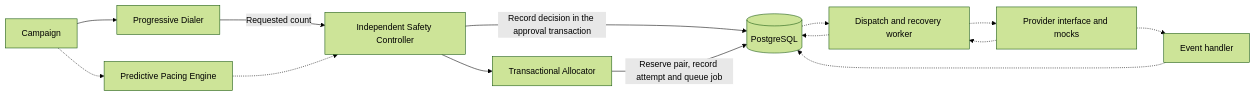
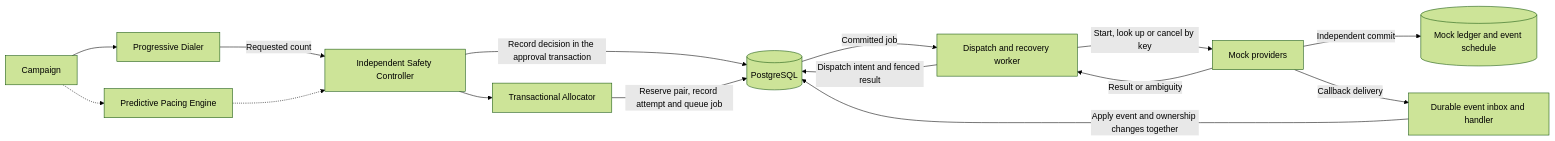
The diagram in docs/architecture.md (koushikwannabecoder/Smart-dialer), drawn with Mermaid (forest theme) before and after one commit. The commit also changed other lines of this file and 20 other files, not shown here.

````diff
--- a/docs/architecture.md
+++ b/docs/architecture.md
@@ -15,16 +15,17 @@
 ```mermaid
 flowchart LR
     Campaign --> Progressive[Progressive Dialer]
     Campaign -.-> Predictive[Predictive Pacing Engine]
     Progressive -->|Requested count| Safety[Independent Safety Controller]
     Predictive -.-> Safety
     Safety --> Allocator[Transactional Allocator]
     Safety -->|Record decision in the approval transaction| DB[(PostgreSQL)]
     Allocator -->|Reserve pair, record attempt and queue job| DB
-    DB -.-> Worker[Dispatch and recovery worker]
-    Worker -.-> Provider[Provider interface and mocks]
-    Provider -.-> Inbox[Event handler]
-    Inbox -.-> DB
-    Provider -.-> Worker
-    Worker -.-> DB
+    DB -->|Committed job| Worker[Dispatch and recovery worker]
+    Worker -->|Start, look up or cancel by key| Provider[Mock providers]
+    Provider -->|Independent commit| Ledger[(Mock ledger and event schedule)]
+    Provider -->|Callback delivery| Inbox[Durable event inbox and handler]
+    Inbox -->|Apply event and ownership changes together| DB
+    Provider -->|Result or ambiguity| Worker
+    Worker -->|Dispatch intent and fenced result| DB
 ```
````
